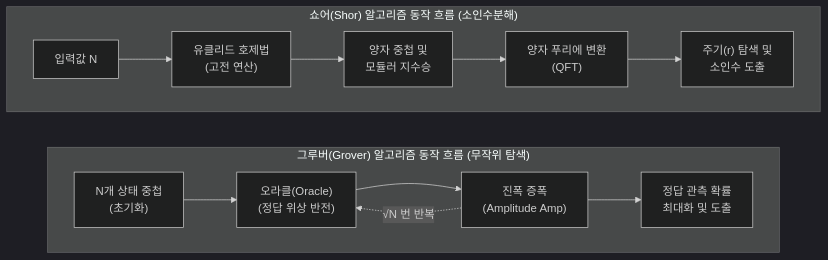
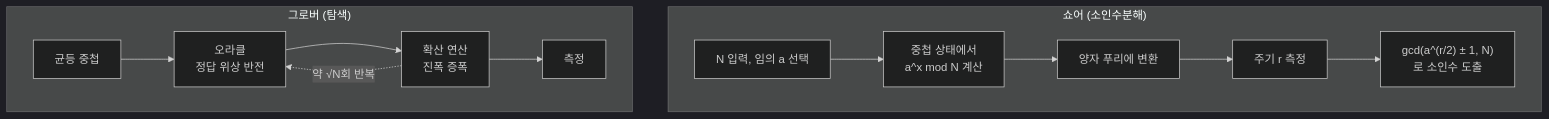
The diagram in content/01_IT Tech/쇼어 & 그루버 알고리즘.md (supremethumb/supremethumb.github.io), drawn with Mermaid (dark theme) before and after one commit. The commit also changed other lines of this file and 1087 other files, not shown here.

````diff
--- a/content/01_IT Tech/쇼어 & 그루버 알고리즘.md
+++ b/content/01_IT Tech/쇼어 & 그루버 알고리즘.md
@@ -27,22 +39,17 @@
 ```mermaid
-flowchart TD
-    subgraph Shor["쇼어(Shor) 알고리즘 동작 흐름 (소인수분해)"]
+flowchart TB
+    subgraph SHOR["쇼어 (소인수분해)"]
         direction LR
-        S1["입력값 N"] --> S2["유클리드 호제법<br/>(고전 연산)"]
-        S2 --> S3["양자 중첩 및<br/>모듈러 지수승"]
-        S3 --> S4["양자 푸리에 변환<br/>(QFT)"]
-        S4 --> S5["주기(r) 탐색 및<br/>소인수 도출"]
+        S1["N 입력, 임의 a 선택"] --> S2["중첩 상태에서<br/>a^x mod N 계산"]
+        S2 --> S3["양자 푸리에 변환"]
+        S3 --> S4["주기 r 측정"]
+        S4 --> S5["gcd(a^(r/2) ± 1, N)<br/>로 소인수 도출"]
     end
-
-    subgraph Grover["그루버(Grover) 알고리즘 동작 흐름 (무작위 탐색)"]
+    subgraph GROVER["그로버 (탐색)"]
         direction LR
-        G1["N개 상태 중첩<br/>(초기화)"] --> G2["오라클(Oracle)<br/>(정답 위상 반전)"]
-        G2 --> G3["진폭 증폭<br/>(Amplitude Amp)"]
-        G3 --> G4["정답 관측 확률<br/>최대화 및 도출"]
-        
-        G3 -. "√N 번 반복" .-> G2
+        G1["균등 중첩"] --> G2["오라클<br/>정답 위상 반전"]
+        G2 --> G3["확산 연산<br/>진폭 증폭"]
+        G3 -.->|"약 √N회 반복"| G2
+        G3 --> G4["측정"]
     end
-    
-    Shor ~~~ Grover
-
 ```
````
